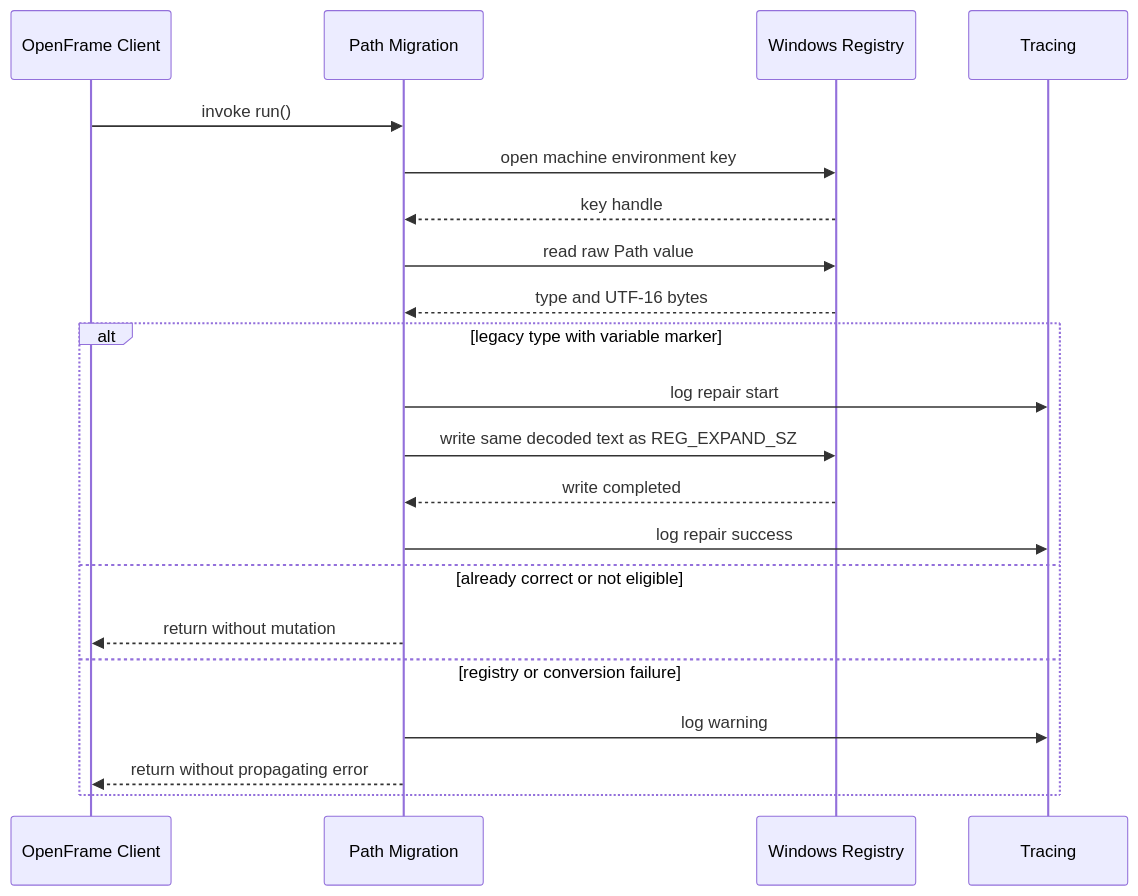
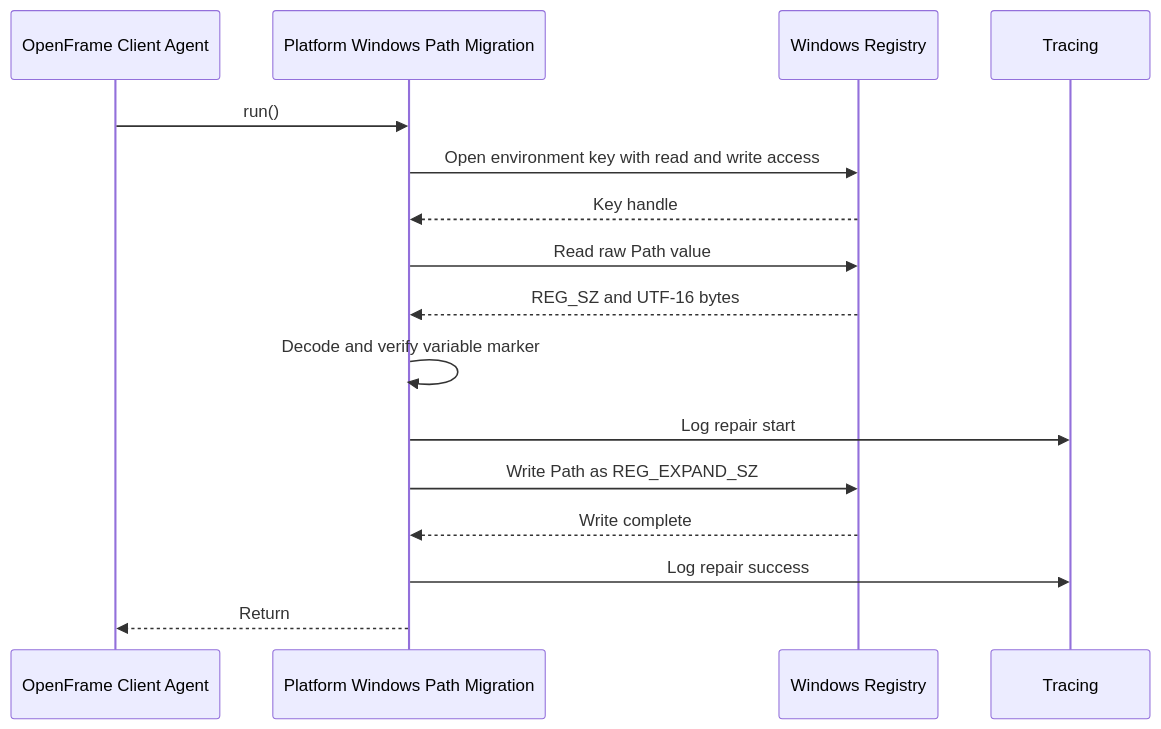
One commit to flamingo-stack/openframe-oss-tenant changed the fourth of 4 diagrams in docs/reference/architecture/openframe-client-core/platform-windows-path-migration/platform-windows-path-migration.md. Above: the diagram before and after it, drawn with Mermaid. The commit also changed other lines of this file and 2377 other files, not shown here.

````diff
--- a/docs/reference/architecture/openframe-client-core/platform-windows-path-migration/platform-windows-path-migration.md
+++ b/docs/reference/architecture/openframe-client-core/platform-windows-path-migration/platform-windows-path-migration.md
@@ -66,23 +97,18 @@
 ```mermaid
 sequenceDiagram
-    participant Client as OpenFrame Client
-    participant Migration as Path Migration
+    participant Agent as OpenFrame Client Agent
+    participant Migration as Platform Windows Path Migration
     participant Registry as Windows Registry
-    participant Log as Tracing
-    Client->>Migration: invoke run()
-    Migration->>Registry: open machine environment key
-    Registry-->>Migration: key handle
-    Migration->>Registry: read raw Path value
-    Registry-->>Migration: type and UTF-16 bytes
-    alt legacy type with variable marker
-        Migration->>Log: log repair start
-        Migration->>Registry: write same decoded text as REG_EXPAND_SZ
-        Registry-->>Migration: write completed
-        Migration->>Log: log repair success
-    else already correct or not eligible
-        Migration-->>Client: return without mutation
-    else registry or conversion failure
-        Migration->>Log: log warning
-        Migration-->>Client: return without propagating error
-    end
+    participant Logs as Tracing
+    Agent->>Migration: run()
+    Migration->>Registry: Open environment key with read and write access
+    Registry-->>Migration: Key handle
+    Migration->>Registry: Read raw Path value
+    Registry-->>Migration: REG_SZ and UTF-16 bytes
+    Migration->>Migration: Decode and verify variable marker
+    Migration->>Logs: Log repair start
+    Migration->>Registry: Write Path as REG_EXPAND_SZ
+    Registry-->>Migration: Write complete
+    Migration->>Logs: Log repair success
+    Migration-->>Agent: Return
 ```
````
